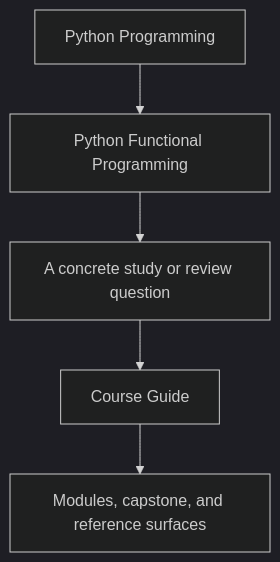
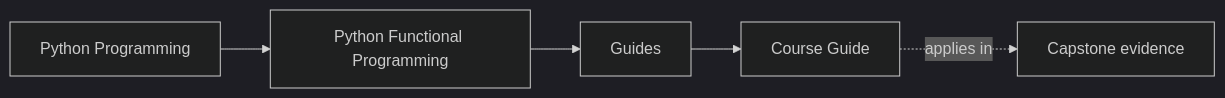
One commit to bijux/bijux-masterclass changed the first of 2 diagrams in programs/python-programming/python-functional-programming/course-book/guides/course-guide.md. Above: the diagram before and after it, drawn with Mermaid (dark theme). The commit also changed other lines of this file and 73 other files, not shown here.

Commit message:
docs(python-functional-programming): map orientation through streaming foundations

````diff
--- a/programs/python-programming/python-functional-programming/course-book/guides/course-guide.md
+++ b/programs/python-programming/python-functional-programming/course-book/guides/course-guide.md
@@ -7,7 +7,11 @@
 ```mermaid
-flowchart TD
-  family["Python Programming"] --> program["Python Functional Programming"]
-  program --> pressure["A concrete study or review question"]
-  pressure --> guide["Course Guide"]
-  guide --> next["Modules, capstone, and reference surfaces"]
+graph LR
+  family["Python Programming"]
+  program["Python Functional Programming"]
+  section["Guides"]
+  page["Course Guide"]
+  capstone["Capstone evidence"]
+
+  family --> program --> section --> page
+  page -.applies in.-> capstone
 ```
````
